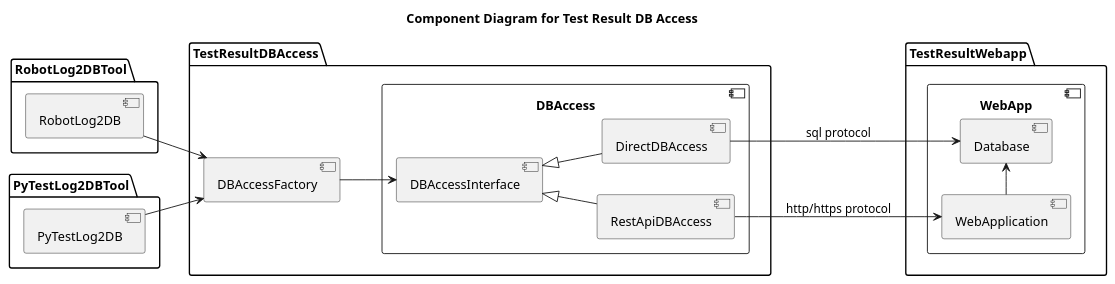
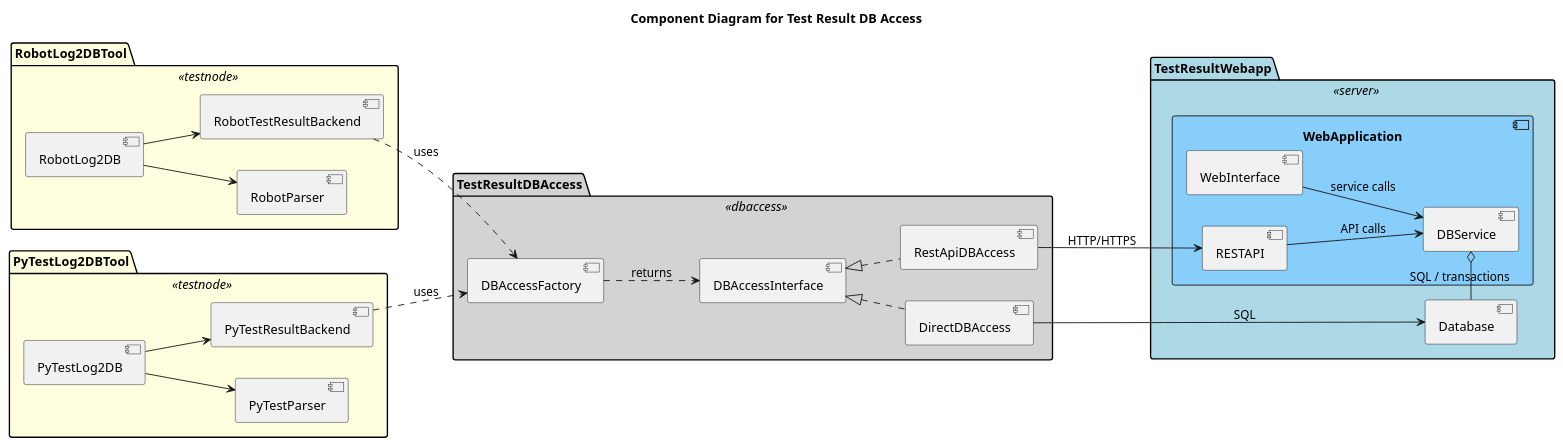
Before and after one commit to test-fullautomation/python-testresultdbaccess: the diagram in packagedoc/design/diagrams/component_diagram.puml, drawn with PlantUML. The commit also changed 6 other files, not shown here.

Commit message:
update diagram for all relavent packages

```diff
--- a/packagedoc/design/diagrams/component_diagram.puml
+++ b/packagedoc/design/diagrams/component_diagram.puml
@@ -1,41 +1,62 @@
 @startuml
 title Component Diagram for Test Result DB Access
 left to right direction
 
-package "RobotLog2DBTool" {
-   component "RobotLog2DB" {
-   }
+skinparam package {
+   BackgroundColor<<testnode>> LightYellow
+   BackgroundColor<<dbaccess>> LightGray
+   BackgroundColor<<server>> LightBlue
 }
 
-package "PyTestLog2DBTool" {
-   component "PyTestLog2DB" {
-   }
+package "RobotLog2DBTool" <<testnode>>{
+   component "RobotParser"
+   component "RobotTestResultBackend"
+   component "RobotLog2DB"
 }
 
-package "TestResultWebapp" {
-   component "WebApp" {
-      [WebApplication]
-      [Database]
-   }
-
+package "PyTestLog2DBTool" <<testnode>> {
+   component "PyTestParser"
+   component "PyTestResultBackend"
+   component "PyTestLog2DB"
 }
 
-package "TestResultDBAccess" {
-   component "DBAccess" {
-      [DirectDBAccess]
-      [RestApiDBAccess]
-      [DBAccessInterface]
+package "TestResultWebapp" <<server>>{
+   component "WebApplication" #LightSkyBlue{
+      [WebInterface]
+      [RESTAPI]
+      [DBService]
    }
+   component Database
+}
 
-   component "DBAccessFactory" {
-   }
+package "TestResultDBAccess" <<dbaccess>>{
+   component "DBAccessInterface"
+   component "DirectDBAccess"
+   component "RestApiDBAccess"
+   component "DBAccessFactory"
 }
-RobotLog2DB --> DBAccessFactory
-PyTestLog2DB --> DBAccessFactory
-DBAccessFactory --> DBAccessInterface
-DBAccessInterface <|-- DirectDBAccess
-DBAccessInterface <|-- RestApiDBAccess
-DirectDBAccess --> Database : sql protocol
-RestApiDBAccess --> WebApplication : http/https protocol
-WebApplication -right-> Database
+
+' Tool flow
+RobotLog2DB --> RobotParser
+RobotLog2DB --> RobotTestResultBackend
+RobotTestResultBackend ..> DBAccessFactory : uses
+
+PyTestLog2DB --> PyTestParser
+PyTestLog2DB --> PyTestResultBackend
+PyTestResultBackend ..> DBAccessFactory : uses
+
+' Factory / interface / implementations
+DBAccessFactory ..> DBAccessInterface : returns
+DBAccessInterface <|.. RestApiDBAccess
+DBAccessInterface <|.. DirectDBAccess
+
+' Access flow
+DirectDBAccess --> Database : SQL
+RestApiDBAccess --> RESTAPI : HTTP/HTTPS
+
+' Internal WebApp connections
+WebInterface --> DBService : service calls
+RESTAPI --> DBService : API calls
+DBService o-left- Database : SQL / transactions
+
 @enduml
```
